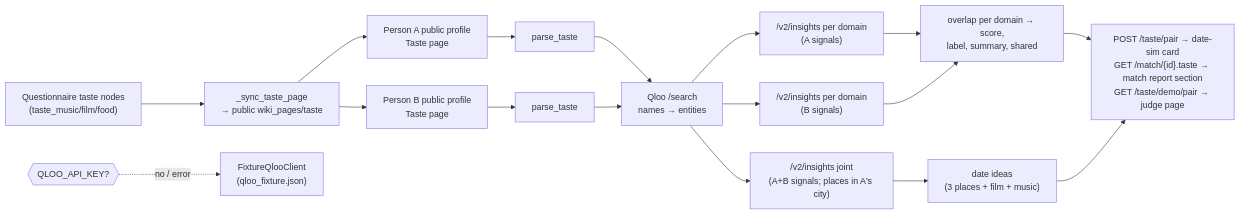
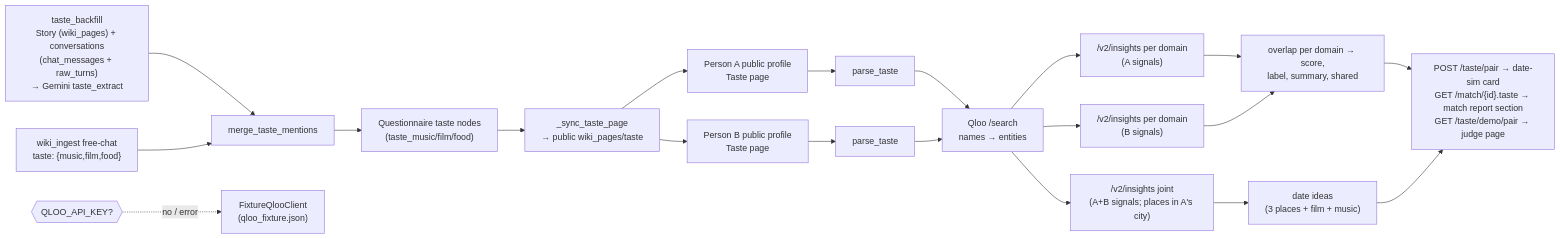
One commit to suhailps93/ayma-v2 changed diagram 13 of 13 in docs/ARCHITECTURE.md. Above: the diagram before and after it, drawn with Mermaid. The commit also changed other lines of this file and 2 other files, not shown here.

First line of the commit message:
docs(taste): document the backfill path, triggers, weights + update diagram

````diff
--- a/docs/ARCHITECTURE.md
+++ b/docs/ARCHITECTURE.md
@@ -2293,16 +2315,19 @@
 ```mermaid
 flowchart LR
-  QZ["Questionnaire taste nodes<br/>(taste_music/film/food)"] --> SYNC["_sync_taste_page<br/>→ public wiki_pages/taste"]
+  BF["taste_backfill<br/>Story (wiki_pages) + conversations<br/>(chat_messages + raw_turns)<br/>→ Gemini taste_extract"] --> MTM["merge_taste_mentions"]
+  WI["wiki_ingest free-chat<br/>taste: {music,film,food}"] --> MTM
+  MTM --> QZ["Questionnaire taste nodes<br/>(taste_music/film/food)"]
+  QZ --> SYNC["_sync_taste_page<br/>→ public wiki_pages/taste"]
   SYNC --> A
   SYNC --> B
   A["Person A public profile<br/>Taste page"] --> PA["parse_taste"]
   B["Person B public profile<br/>Taste page"] --> PB["parse_taste"]
   PA & PB --> RES["Qloo /search<br/>names → entities"]
   RES --> RA["/v2/insights per domain<br/>(A signals)"]
   RES --> RB["/v2/insights per domain<br/>(B signals)"]
   RES --> RJ["/v2/insights joint<br/>(A+B signals; places in A's city)"]
   RA & RB --> SC["overlap per domain → score,<br/>label, summary, shared"]
   RJ --> DI["date ideas<br/>(3 places + film + music)"]
   SC & DI --> OUT["POST /taste/pair → date-sim card<br/>GET /match/{id}.taste → match report section<br/>GET /taste/demo/pair → judge page"]
   Q{{"QLOO_API_KEY?"}} -.no / error.-> FX["FixtureQlooClient<br/>(qloo_fixture.json)"]
 ```
````
